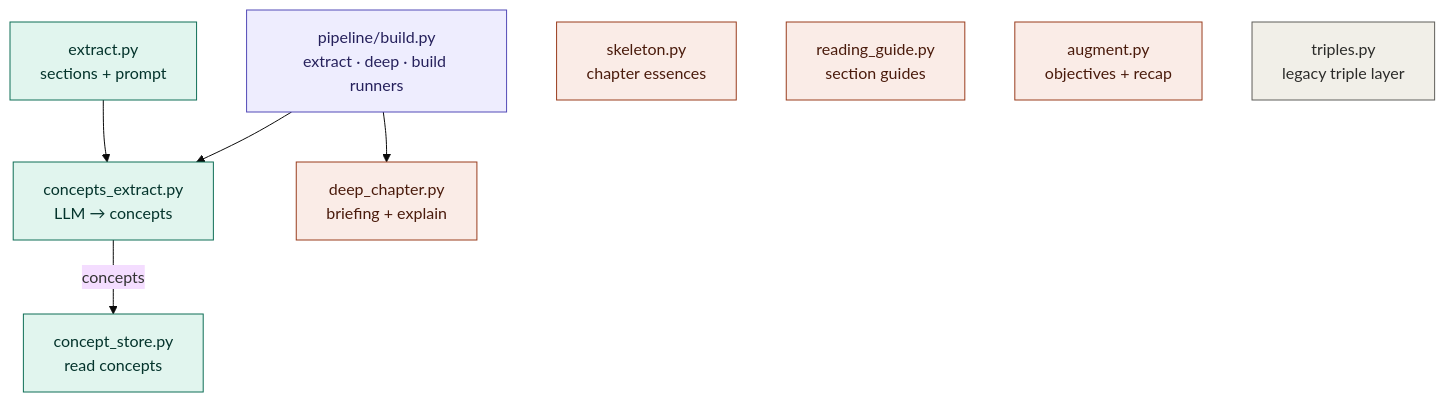
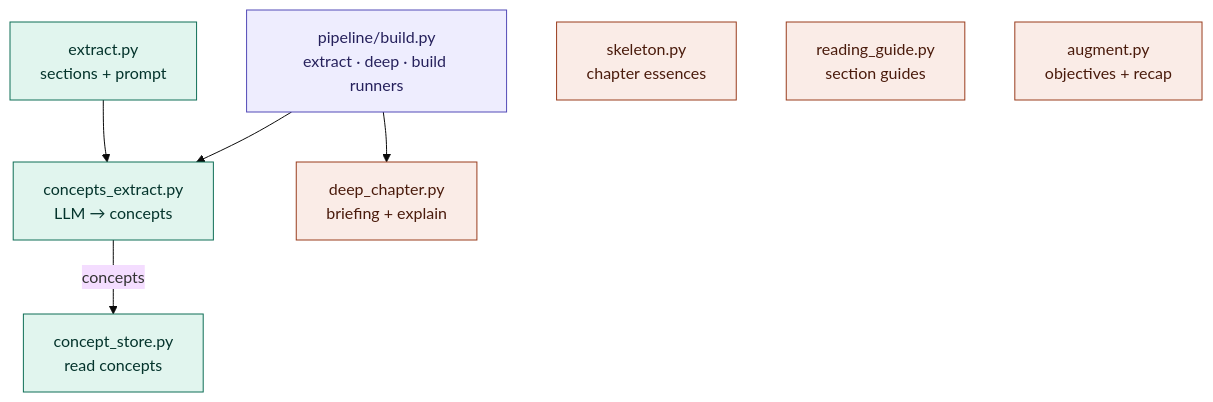
The fourth of 4 diagrams in MAP.md (Aiden-Ferrante/learnhub-core), drawn with Mermaid (base theme) before and after one commit. The commit also changed other lines of this file and 17 other files, not shown here.

````diff
--- a/MAP.md
+++ b/MAP.md
@@ -336,36 +334,32 @@
 ```mermaid
 flowchart TD
   build["pipeline/build.py<br/>extract · deep · build runners"]
   extract["extract.py<br/>sections + prompt"]
   concepts["concepts_extract.py<br/>LLM → concepts"]
   store["concept_store.py<br/>read concepts"]
   deep["deep_chapter.py<br/>briefing + explain"]
   skeleton["skeleton.py<br/>chapter essences"]
   guide["reading_guide.py<br/>section guides"]
   augment["augment.py<br/>objectives + recap"]
-  legacy["triples.py<br/>legacy triple layer"]
 
   build --> concepts
   build --> deep
   extract --> concepts
   concepts -->|concepts| store
 
   classDef trig fill:#EEEDFE,stroke:#534AB7,color:#26215C;
   classDef core fill:#E1F5EE,stroke:#0F6E56,color:#04342C;
   classDef pass fill:#FAECE7,stroke:#993C1D,color:#4A1B0C;
-  classDef old fill:#F1EFE8,stroke:#5F5E5A,color:#2C2C2A;
   class build trig;
   class extract,concepts,store core;
   class deep,skeleton,guide,augment pass;
-  class legacy old;
 
   click build "https://github.com/Aiden-Ferrante/learnhub/blob/main/backend/app/pipeline/build.py"
   click extract "https://github.com/Aiden-Ferrante/learnhub/blob/main/backend/app/extraction/extract.py"
   click concepts "https://github.com/Aiden-Ferrante/learnhub/blob/main/backend/app/extraction/concepts_extract.py"
   click store "https://github.com/Aiden-Ferrante/learnhub/blob/main/backend/app/extraction/concept_store.py"
   click deep "https://github.com/Aiden-Ferrante/learnhub/blob/main/backend/app/extraction/deep_chapter.py"
   click skeleton "https://github.com/Aiden-Ferrante/learnhub/blob/main/backend/app/extraction/skeleton.py"
   click guide "https://github.com/Aiden-Ferrante/learnhub/blob/main/backend/app/extraction/reading_guide.py"
   click augment "https://github.com/Aiden-Ferrante/learnhub/blob/main/backend/app/extraction/augment.py"
-  click legacy "https://github.com/Aiden-Ferrante/learnhub/blob/main/backend/app/extraction/triples.py"
 ```
````
